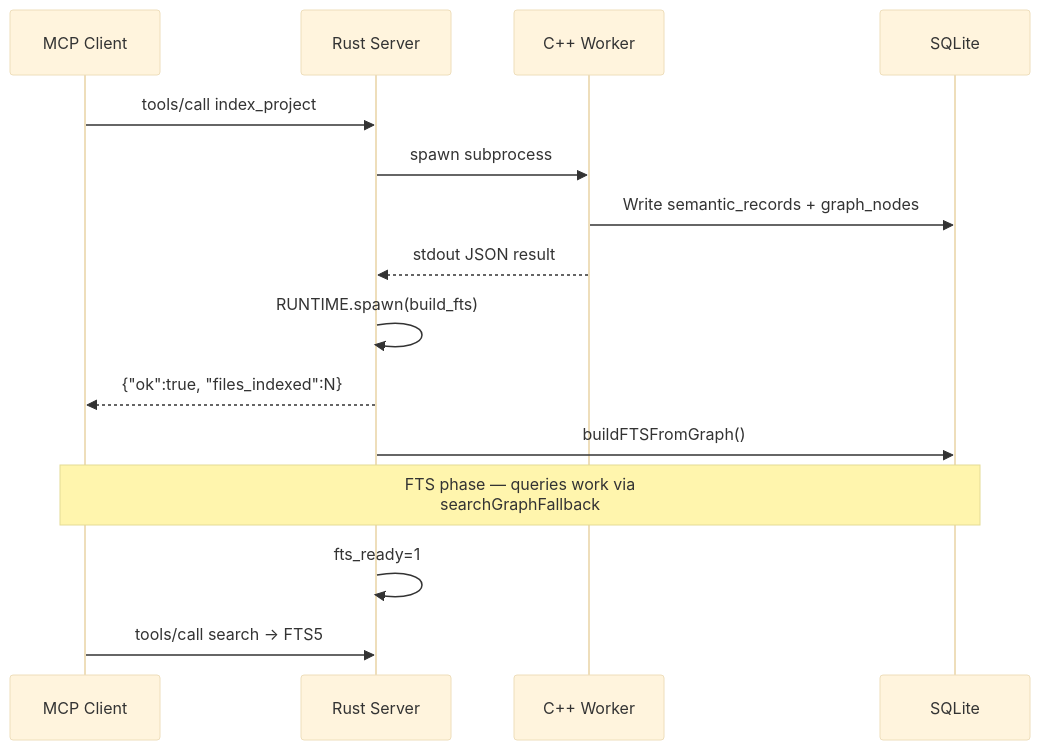
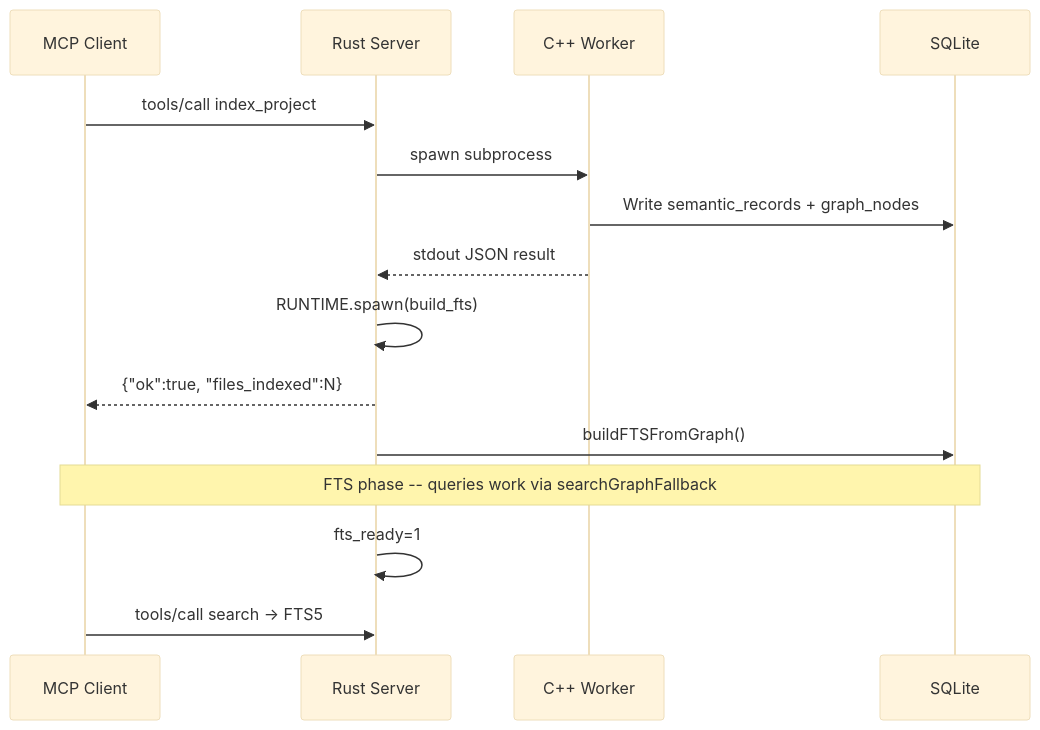
The seventh of 8 diagrams in docs/en/architecture.md (Timwood0x10/CodeScope), drawn with Mermaid (base theme) before and after one commit. The commit also changed other lines of this file and 4 other files, not shown here.

````diff
--- a/docs/en/architecture.md
+++ b/docs/en/architecture.md
@@ -170,18 +170,18 @@
 ```mermaid
 sequenceDiagram
     participant Client as MCP Client
     participant Server as Rust Server
     participant Worker as C++ Worker
     participant DB as SQLite
 
     Client->>Server: tools/call index_project
     Server->>Worker: spawn subprocess
     Worker->>DB: Write semantic_records + graph_nodes
     Worker-->>Server: stdout JSON result
     Server->>Server: RUNTIME.spawn(build_fts)
     Server-->>Client: {"ok":true, "files_indexed":N}
     Server->>DB: buildFTSFromGraph()
-    Note over Client,DB: FTS phase — queries work via<br/>searchGraphFallback
+    Note over Client,DB: FTS phase -- queries work via searchGraphFallback
     Server->>Server: fts_ready=1
     Client->>Server: tools/call search → FTS5
 ```
````
